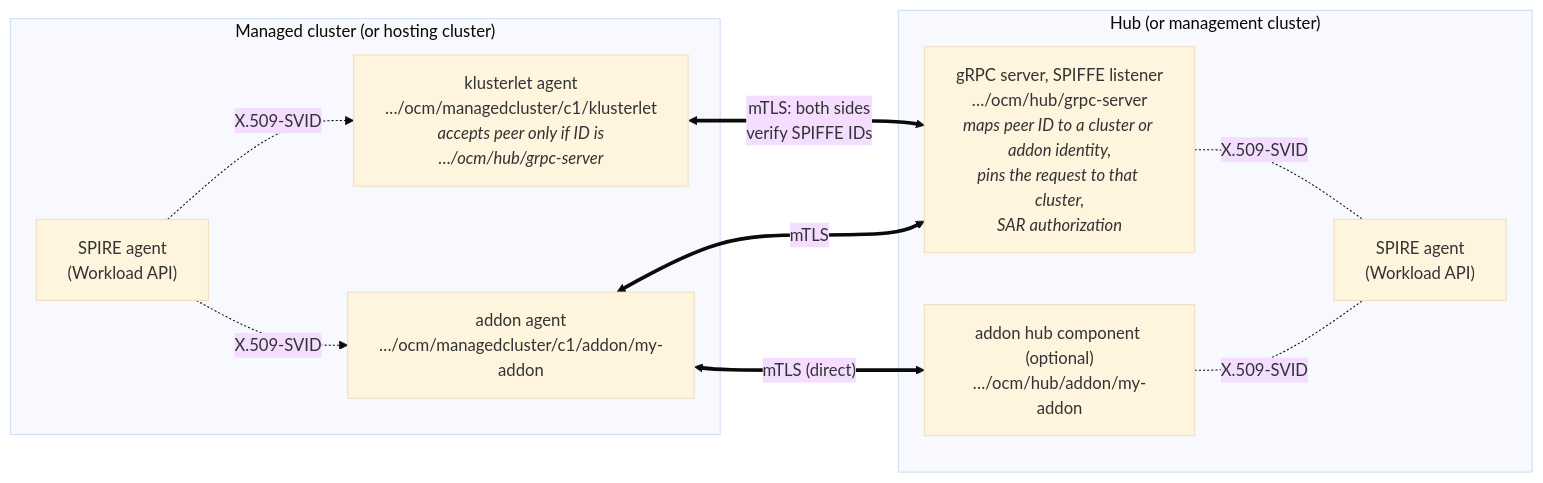
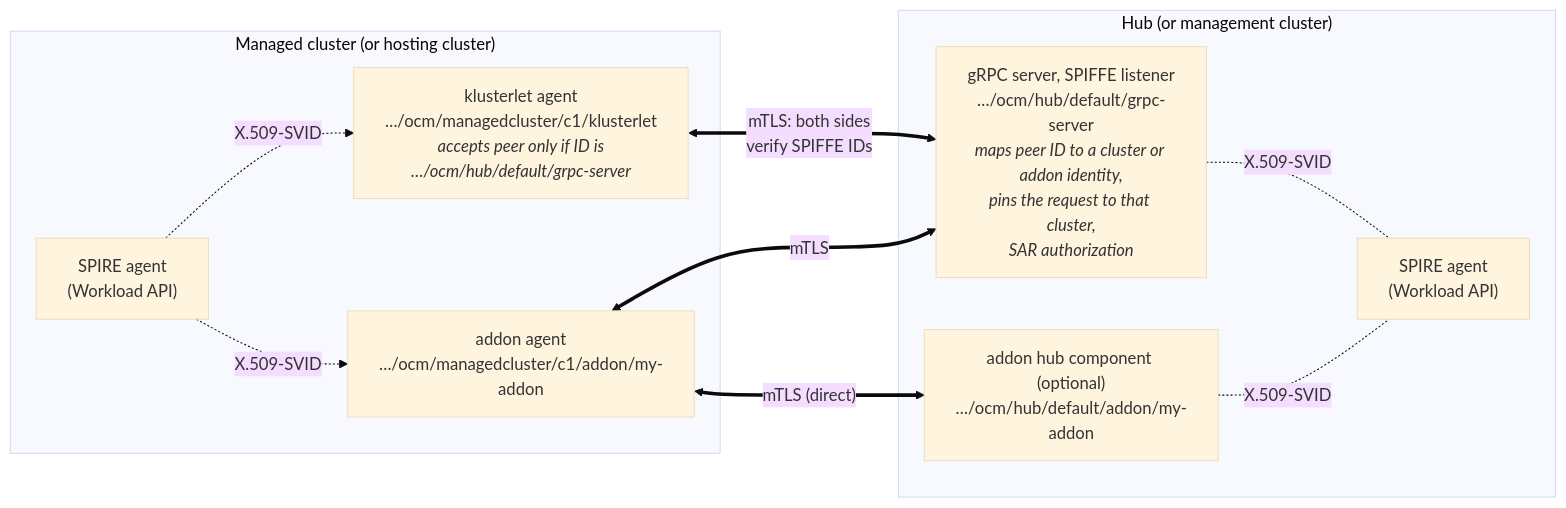
Before and after one commit to ssijbabu/enhancements: the first of 7 diagrams in enhancements/sig-architecture/NNN-spiffe-mutual-identity/README.md, drawn with Mermaid (base theme). The commit also changed other lines of this file, not shown here.

First line of the commit message:
Rewrite user stories in SPIFFE mutual identity KEP

````diff
--- a/enhancements/sig-architecture/NNN-spiffe-mutual-identity/README.md
+++ b/enhancements/sig-architecture/NNN-spiffe-mutual-identity/README.md
@@ -103,22 +103,22 @@
 ```mermaid
 flowchart LR
     subgraph spoke["Managed cluster (or hosting cluster)"]
         spireS["SPIRE agent<br/>(Workload API)"]
-        kl["klusterlet agent<br/>…/ocm/managedcluster/c1/klusterlet<br/><i>accepts peer only if ID is<br/>…/ocm/hub/grpc-server</i>"]
+        kl["klusterlet agent<br/>…/ocm/managedcluster/c1/klusterlet<br/><i>accepts peer only if ID is<br/>…/ocm/hub/default/grpc-server</i>"]
         ad["addon agent<br/>…/ocm/managedcluster/c1/addon/my-addon"]
     end
 
     subgraph hub["Hub (or management cluster)"]
-        grpc["gRPC server, SPIFFE listener<br/>…/ocm/hub/grpc-server<br/><i>maps peer ID to a cluster or addon identity,<br/>pins the request to that cluster,<br/>SAR authorization</i>"]
-        adh["addon hub component (optional)<br/>…/ocm/hub/addon/my-addon"]
+        grpc["gRPC server, SPIFFE listener<br/>…/ocm/hub/default/grpc-server<br/><i>maps peer ID to a cluster or addon identity,<br/>pins the request to that cluster,<br/>SAR authorization</i>"]
+        adh["addon hub component (optional)<br/>…/ocm/hub/default/addon/my-addon"]
         spireH["SPIRE agent<br/>(Workload API)"]
     end
 
     spireS -.->|X.509-SVID| kl
     spireS -.->|X.509-SVID| ad
     kl <==>|"mTLS: both sides<br/>verify SPIFFE IDs"| grpc
     ad <==>|mTLS| grpc
     ad <==>|"mTLS (direct)"| adh
     grpc <-.-|X.509-SVID| spireH
     adh <-.-|X.509-SVID| spireH
 ```
````
